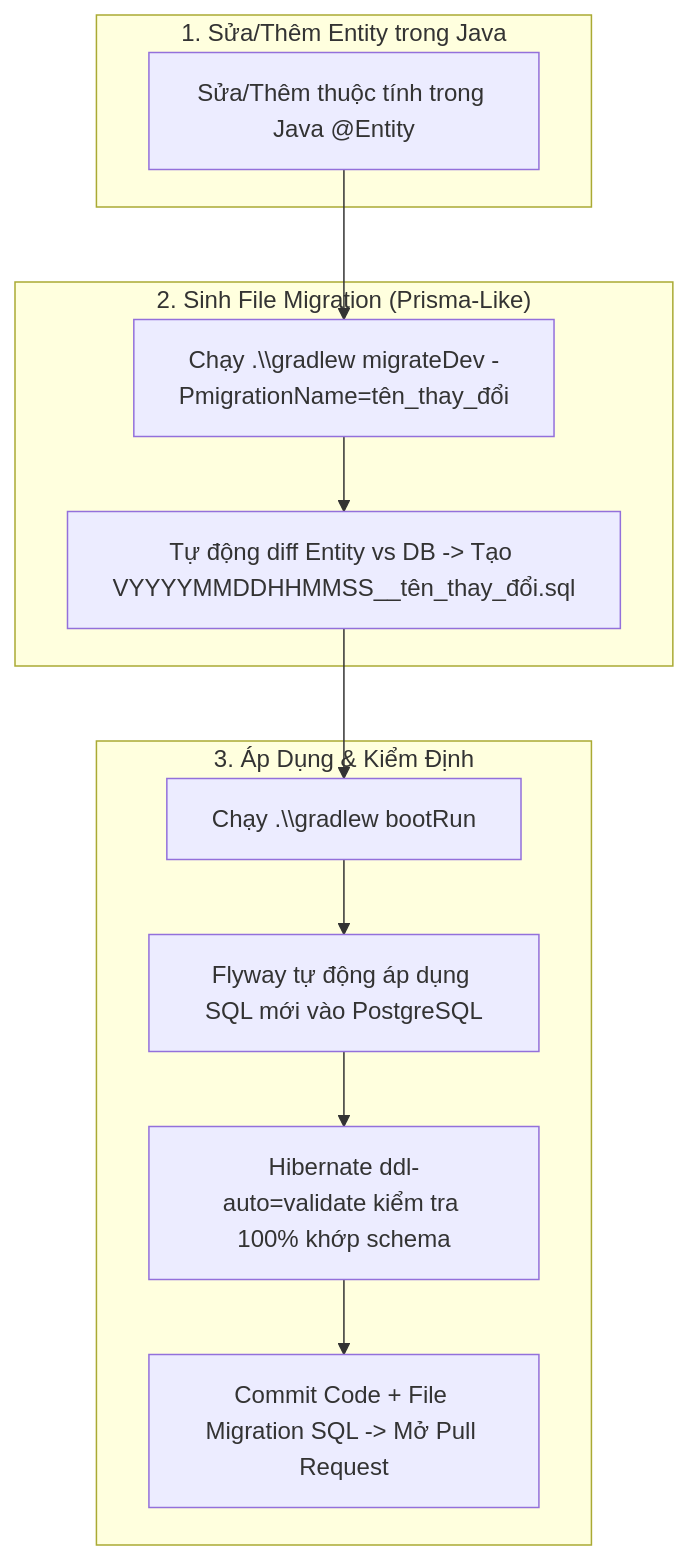
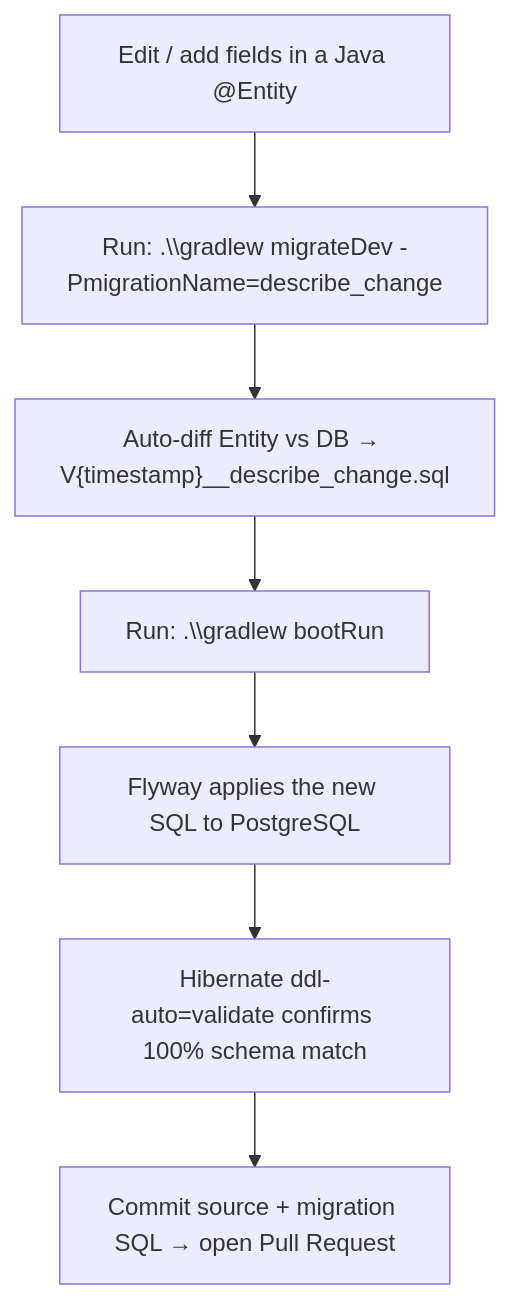
One commit to Khoi-Nghiep-HK253/backend changed the diagram in README.md. Above: the diagram before and after it, drawn with Mermaid. The commit also changed other lines of this file and 11 other files, not shown here.

````diff
--- a/README.md
+++ b/README.md
@@ -147,18 +165,10 @@
 ```mermaid
 flowchart TD
-    subgraph STEP1 ["1. Sửa/Thêm Entity trong Java"]
-        A["Sửa/Thêm thuộc tính trong Java @Entity"]
-    end
-
-    subgraph STEP2 ["2. Sinh File Migration (Prisma-Like)"]
-        A --> B["Chạy .\\gradlew migrateDev -PmigrationName=tên_thay_đổi"]
-        B --> C["Tự động diff Entity vs DB -> Tạo VYYYYMMDDHHMMSS__tên_thay_đổi.sql"]
-    end
-
-    subgraph STEP3 ["3. Áp Dụng & Kiểm Định"]
-        C --> D["Chạy .\\gradlew bootRun"]
-        D --> E["Flyway tự động áp dụng SQL mới vào PostgreSQL"]
-        E --> F["Hibernate ddl-auto=validate kiểm tra 100% khớp schema"]
-        F --> G["Commit Code + File Migration SQL -> Mở Pull Request"]
-    end
+    A["Edit / add fields in a Java @Entity"]
+    --> B["Run: .\\gradlew migrateDev -PmigrationName=describe_change"]
+    --> C["Auto-diff Entity vs DB → V{timestamp}__describe_change.sql"]
+    --> D["Run: .\\gradlew bootRun"]
+    --> E["Flyway applies the new SQL to PostgreSQL"]
+    --> F["Hibernate ddl-auto=validate confirms 100% schema match"]
+    --> G["Commit source + migration SQL → open Pull Request"]
 ```
````
